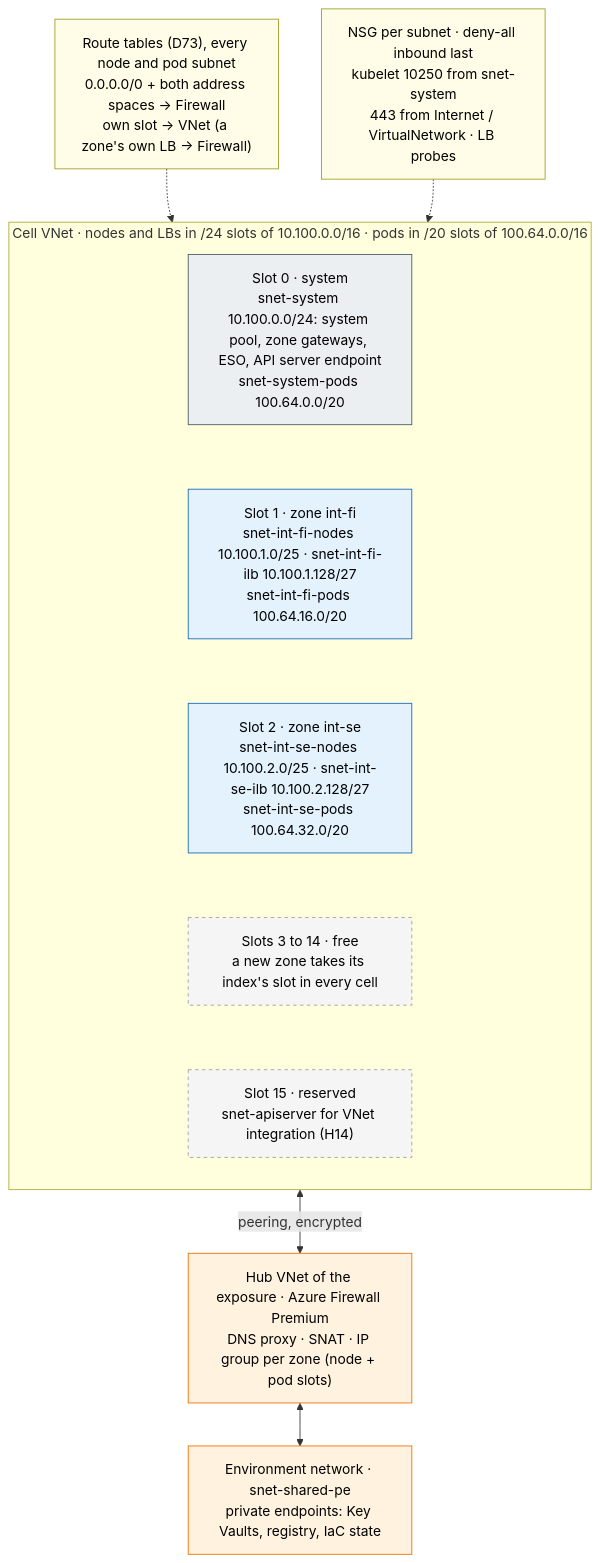
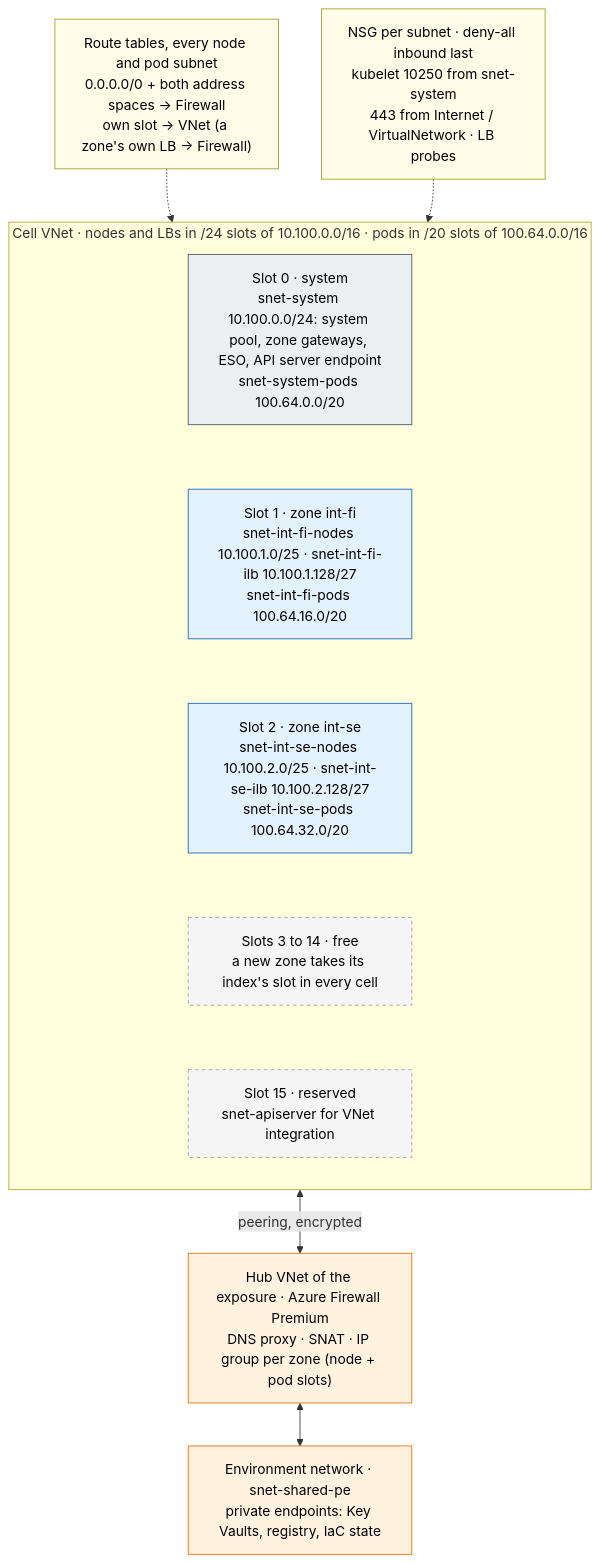
One commit to onek8s/onek8s.github.io changed the diagram in diagrams/2.1-network-subnets.mmd. Above: the diagram before and after it, drawn with Mermaid. The commit also changed 140 other files, not shown here.

```diff
--- a/diagrams/2.1-network-subnets.mmd
+++ b/diagrams/2.1-network-subnets.mmd
@@ -1,34 +1,34 @@
 %% Subnet layout of a cell's VNet (an internal cell as the example). Nodes and load balancers in sixteen /24 slots of one
-%% address space: slot 0 the system subnet, slots 1-14 the isolation zones by index, slot 15 reserved (H14). Pods in a
-%% second address space, a /20 per slot (D74). Every node and pod subnet routes the cell's address spaces to the hub
-%% Firewall, its own slot excepted (D73). Private endpoints sit in the environment's shared network, not in the cell.
+%% address space: slot 0 the system subnet, slots 1-14 the isolation zones by index, slot 15 reserved. Pods in a
+%% second address space, a /20 per slot. Every node and pod subnet routes the cell's address spaces to the hub
+%% Firewall, its own slot excepted. Private endpoints sit in the environment's shared network, not in the cell.
 flowchart TB
-    rt["Route tables (D73), every node and pod subnet<br/>0.0.0.0/0 + both address spaces → Firewall<br/>own slot → VNet (a zone's own LB → Firewall)"]
+    rt["Route tables, every node and pod subnet<br/>0.0.0.0/0 + both address spaces → Firewall<br/>own slot → VNet (a zone's own LB → Firewall)"]
     nsg["NSG per subnet · deny-all inbound last<br/>kubelet 10250 from snet-system<br/>443 from Internet / VirtualNetwork · LB probes"]
     subgraph VNET["Cell VNet · nodes and LBs in /24 slots of 10.100.0.0/16 · pods in /20 slots of 100.64.0.0/16"]
         direction TB
         s0["Slot 0 · system<br/>snet-system 10.100.0.0/24: system pool, zone gateways, ESO, API server endpoint<br/>snet-system-pods 100.64.0.0/20"]
         s1["Slot 1 · zone int-fi<br/>snet-int-fi-nodes 10.100.1.0/25 · snet-int-fi-ilb 10.100.1.128/27<br/>snet-int-fi-pods 100.64.16.0/20"]
         s2["Slot 2 · zone int-se<br/>snet-int-se-nodes 10.100.2.0/25 · snet-int-se-ilb 10.100.2.128/27<br/>snet-int-se-pods 100.64.32.0/20"]
         sf["Slots 3 to 14 · free<br/>a new zone takes its index's slot in every cell"]
-        s15["Slot 15 · reserved<br/>snet-apiserver for VNet integration (H14)"]
+        s15["Slot 15 · reserved<br/>snet-apiserver for VNet integration"]
         s0 ~~~ s1 ~~~ s2 ~~~ sf ~~~ s15
     end
     hub["Hub VNet of the exposure · Azure Firewall Premium<br/>DNS proxy · SNAT · IP group per zone (node + pod slots)"]
     shared["Environment network · snet-shared-pe<br/>private endpoints: Key Vaults, registry, IaC state"]
 
     rt -.-> VNET
     nsg -.-> VNET
     VNET <-->|"peering, encrypted"| hub
     hub <--> shared
 
     classDef cp fill:#eceff1,stroke:#455a64,color:#000
     classDef int fill:#e3f2fd,stroke:#1565c0,color:#000
     classDef res fill:#f5f5f5,stroke:#9e9e9e,color:#000,stroke-dasharray: 4 4
     classDef note fill:#fffde7,stroke:#9e9d24,color:#000
     classDef ext fill:#fff3e0,stroke:#ef6c00,color:#000
     class s0 cp
     class s1,s2 int
     class sf,s15 res
     class rt,nsg note
     class shared,hub ext
```
